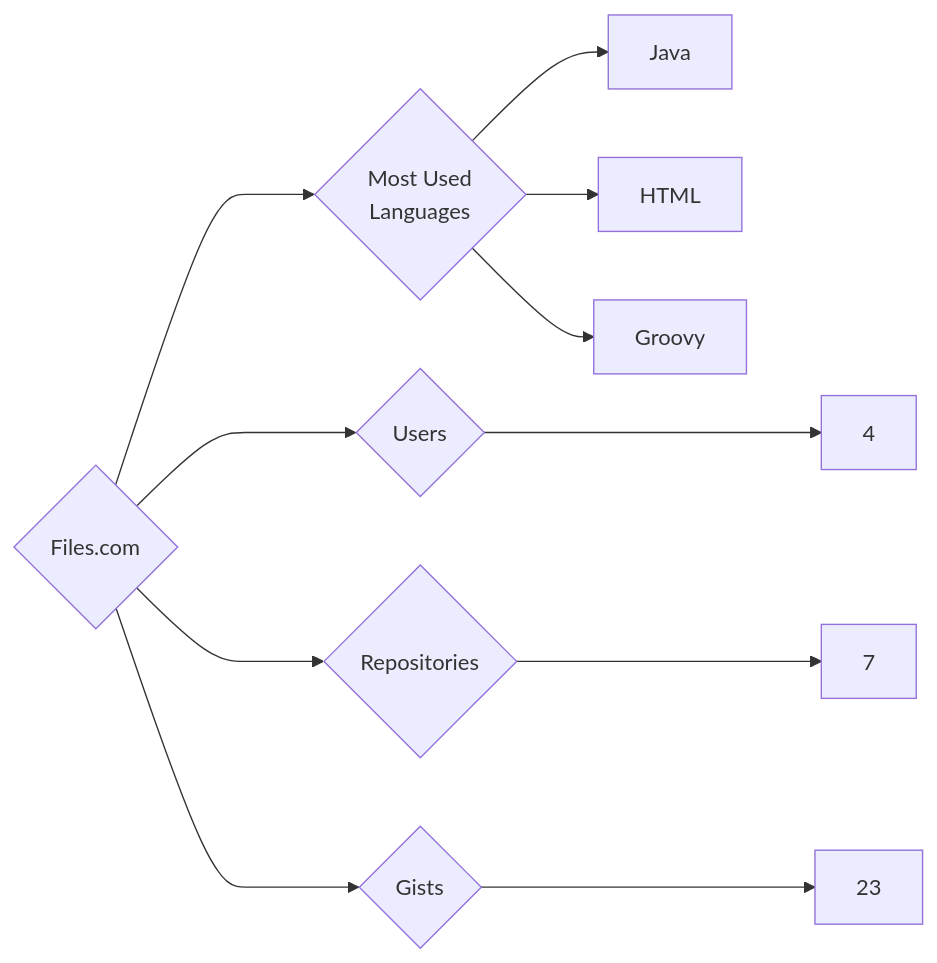
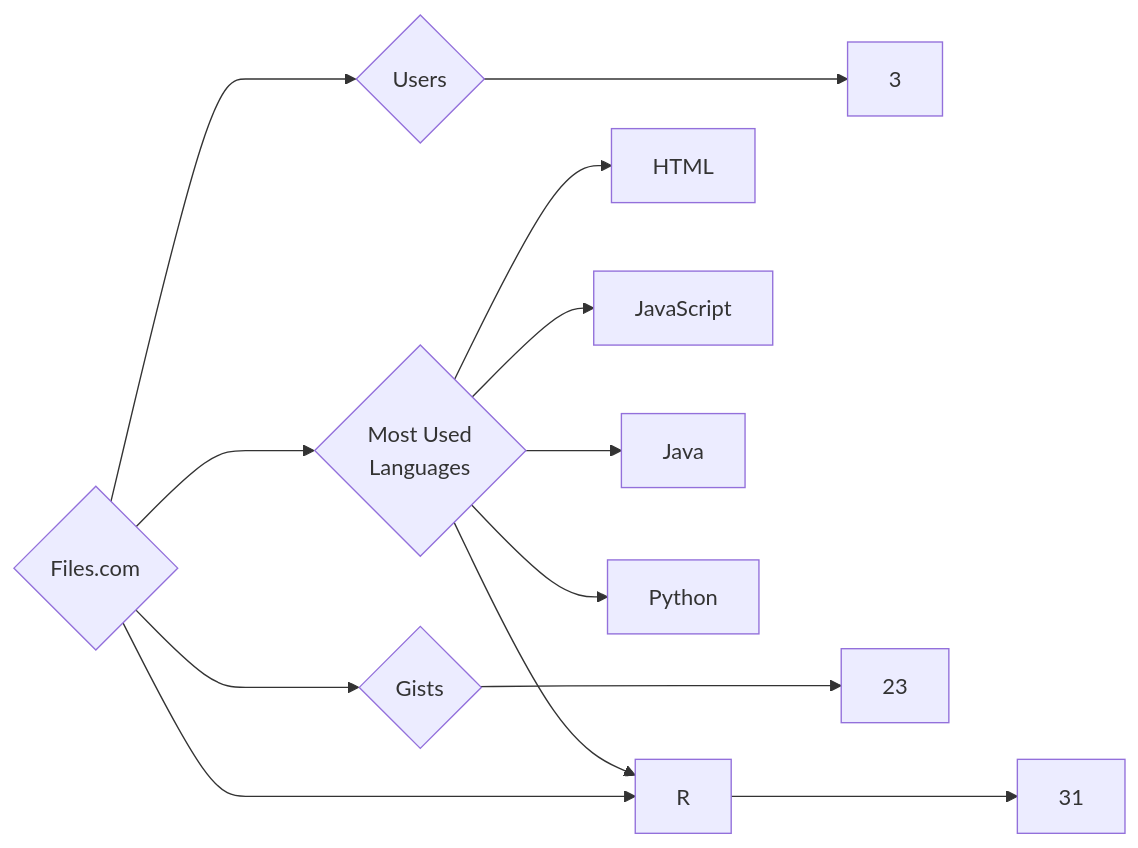
Before and after one commit to trickest/insiders: the diagram in targets/Files.com/README.md, drawn with Mermaid. The commit also changed 1036 other files, not shown here.

````diff
--- a/targets/Files.com/README.md
+++ b/targets/Files.com/README.md
@@ -3,11 +3,13 @@
 ```mermaid
 graph LR
 COMPANY_NAME{Files.com}
-COMPANY_NAME ---> U{Users} ---> UN[4]
-COMPANY_NAME ---> R{Repositories} ---> RN[7]
+COMPANY_NAME ---> U{Users} ---> UN[3]
+COMPANY_NAME ---> R{Repositories} ---> RN[31]
 COMPANY_NAME ---> G{Gists} ---> GN[23]
 COMPANY_NAME ---> ML{Most Used<br>Languages}
+ML --> HTML[HTML]
+ML --> R[R]
+ML --> JavaScript[JavaScript]
 ML --> Java[Java]
-ML --> HTML[HTML]
-ML --> Groovy[Groovy]
+ML --> Python[Python]
 ```
````
